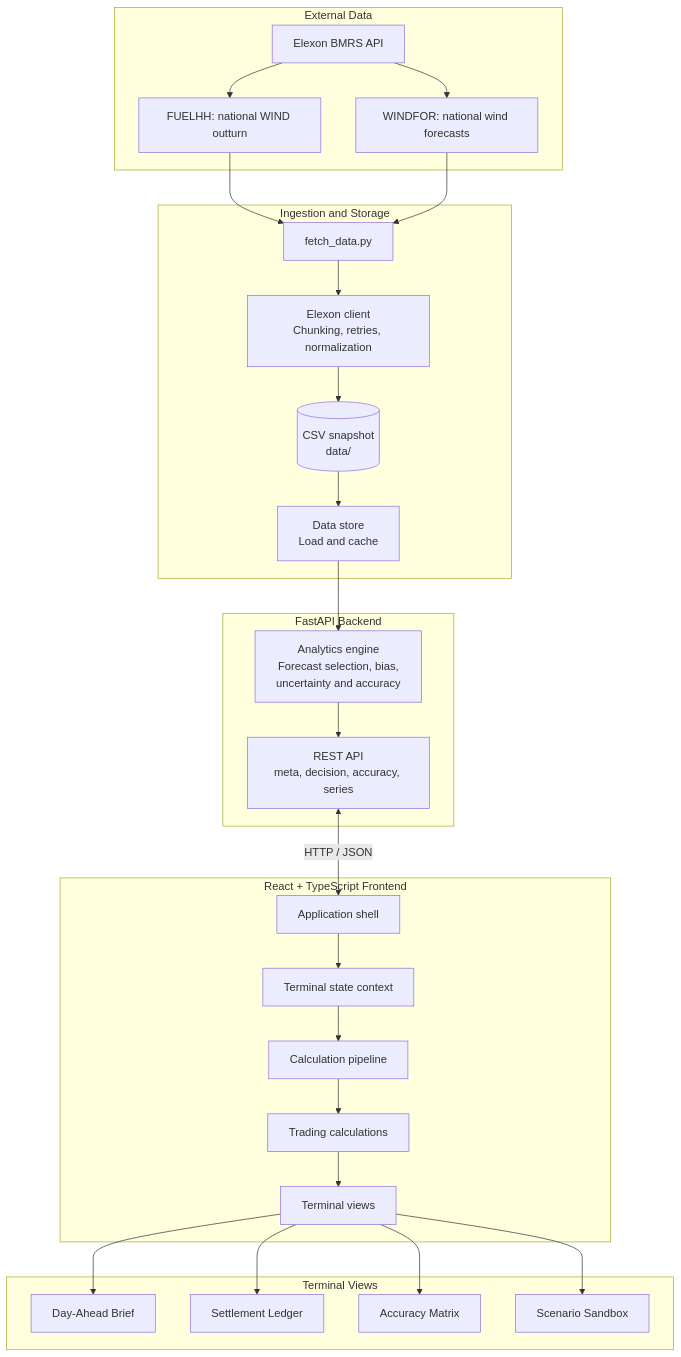
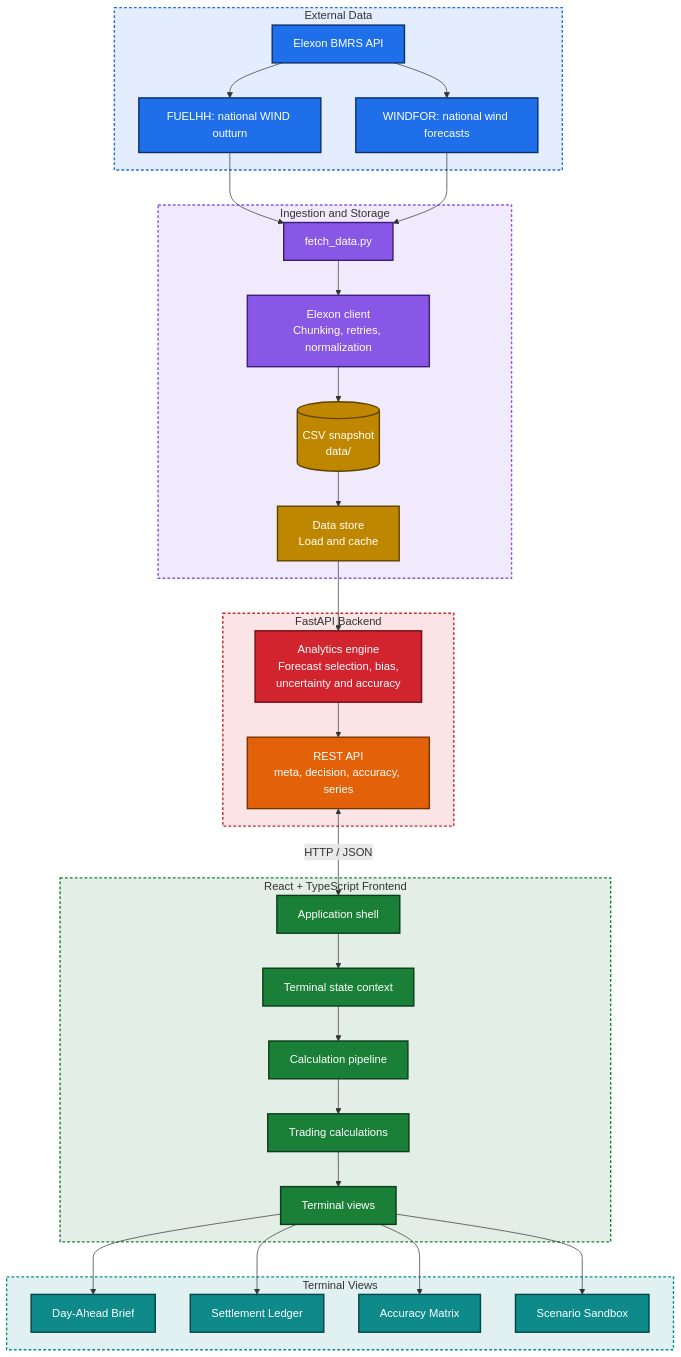
Before and after one commit to sourabhvamdevan/wind-matrix: the first of 7 diagrams in README.md, drawn with Mermaid. The commit also changed other lines of this file, not shown here.

First line of the commit message:
Enhance README with detailed workflow and architecture

````diff
--- a/README.md
+++ b/README.md
@@ -91,48 +90,72 @@
 ```mermaid
 flowchart TB
     subgraph Sources["External Data"]
         E["Elexon BMRS API"]
         F["FUELHH: national WIND outturn"]
         W["WINDFOR: national wind forecasts"]
         E --> F
         E --> W
     end
 
     subgraph Ingestion["Ingestion and Storage"]
         FETCH["fetch_data.py"]
         CLIENT["Elexon client<br/>Chunking, retries, normalization"]
         CSV[("CSV snapshot<br/>data/")]
         STORE["Data store<br/>Load and cache"]
         F --> FETCH
         W --> FETCH
         FETCH --> CLIENT --> CSV --> STORE
     end
 
     subgraph APIBackend["FastAPI Backend"]
         ANALYTICS["Analytics engine<br/>Forecast selection, bias,<br/>uncertainty and accuracy"]
         API["REST API<br/>meta, decision, accuracy, series"]
         STORE --> ANALYTICS --> API
     end
 
     subgraph UI["React + TypeScript Frontend"]
         APP["Application shell"]
         STATE["Terminal state context"]
         PIPE["Calculation pipeline"]
         CALC["Trading calculations"]
         VIEWS["Terminal views"]
         APP --> STATE --> PIPE --> CALC --> VIEWS
     end
 
     API <-->|"HTTP / JSON"| APP
 
     subgraph Results["Terminal Views"]
         BRIEF["Day-Ahead Brief"]
         LEDGER["Settlement Ledger"]
         MATRIX["Accuracy Matrix"]
         SANDBOX["Scenario Sandbox"]
     end
     VIEWS --> BRIEF
     VIEWS --> LEDGER
     VIEWS --> MATRIX
     VIEWS --> SANDBOX
+
+    classDef ext fill:#1f6feb,stroke:#0a3069,color:#ffffff,stroke-width:2px
+    classDef ingest fill:#8957e5,stroke:#3b1e7a,color:#ffffff,stroke-width:2px
+    classDef store fill:#bf8700,stroke:#5c4400,color:#ffffff,stroke-width:2px
+    classDef engine fill:#d1242f,stroke:#6e1018,color:#ffffff,stroke-width:2px
+    classDef api fill:#e36209,stroke:#7a3300,color:#ffffff,stroke-width:2px
+    classDef front fill:#1a7f37,stroke:#0b3d1a,color:#ffffff,stroke-width:2px
+    classDef view fill:#0e8a8a,stroke:#054545,color:#ffffff,stroke-width:2px
+    classDef good fill:#2da44e,stroke:#0b3d1a,color:#ffffff,stroke-width:2px
+    classDef bad fill:#cf222e,stroke:#6e1018,color:#ffffff,stroke-width:2px
+    classDef decide fill:#f5c518,stroke:#7a5c00,color:#1b1f24,stroke-width:2px
+    classDef dark fill:#24292f,stroke:#000000,color:#ffffff,stroke-width:2px
+    class E,F,W ext
+    class FETCH,CLIENT ingest
+    class CSV,STORE store
+    class ANALYTICS engine
+    class API api
+    class APP,STATE,PIPE,CALC,VIEWS front
+    class BRIEF,LEDGER,MATRIX,SANDBOX view
+    style Sources fill:#1f6feb1f,stroke:#1f6feb,stroke-width:2px,stroke-dasharray:4 3
+    style Ingestion fill:#8957e51f,stroke:#8957e5,stroke-width:2px,stroke-dasharray:4 3
+    style APIBackend fill:#d1242f1f,stroke:#d1242f,stroke-width:2px,stroke-dasharray:4 3
+    style UI fill:#1a7f371f,stroke:#1a7f37,stroke-width:2px,stroke-dasharray:4 3
+    style Results fill:#0e8a8a1f,stroke:#0e8a8a,stroke-width:2px,stroke-dasharray:4 3
 ```
````
